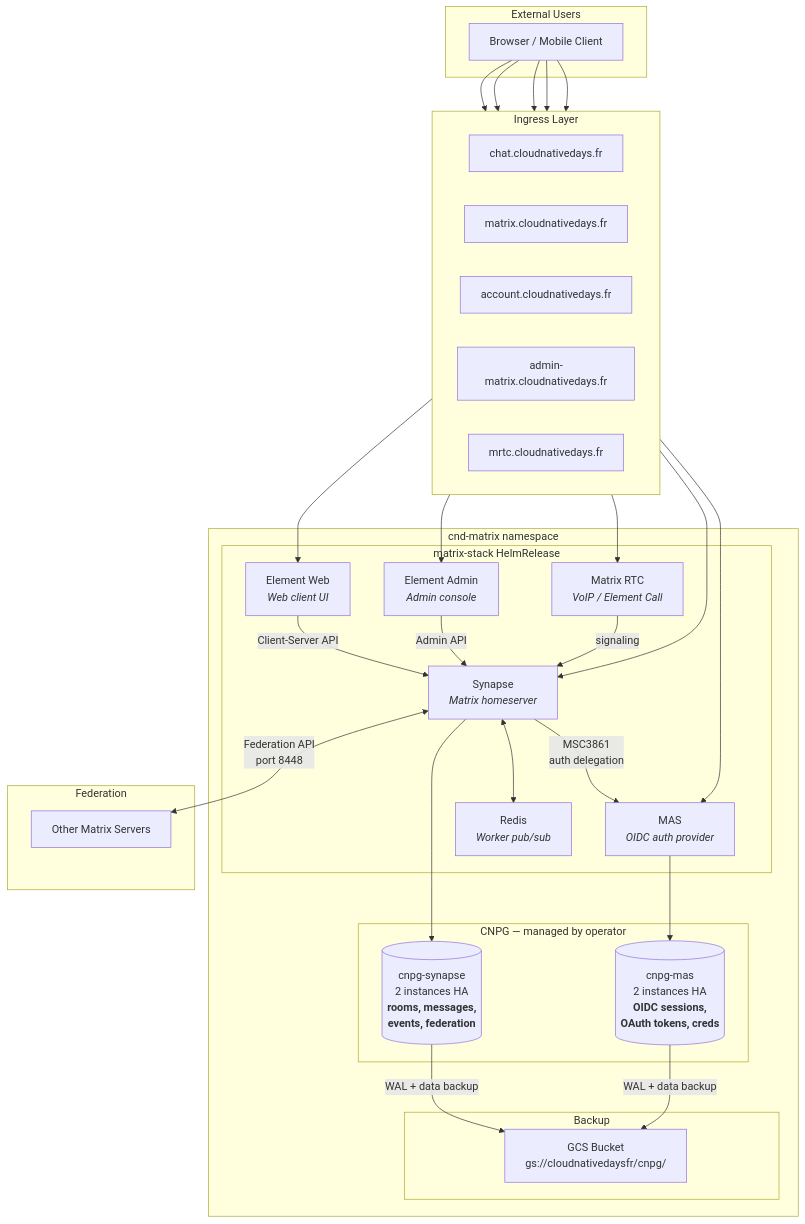
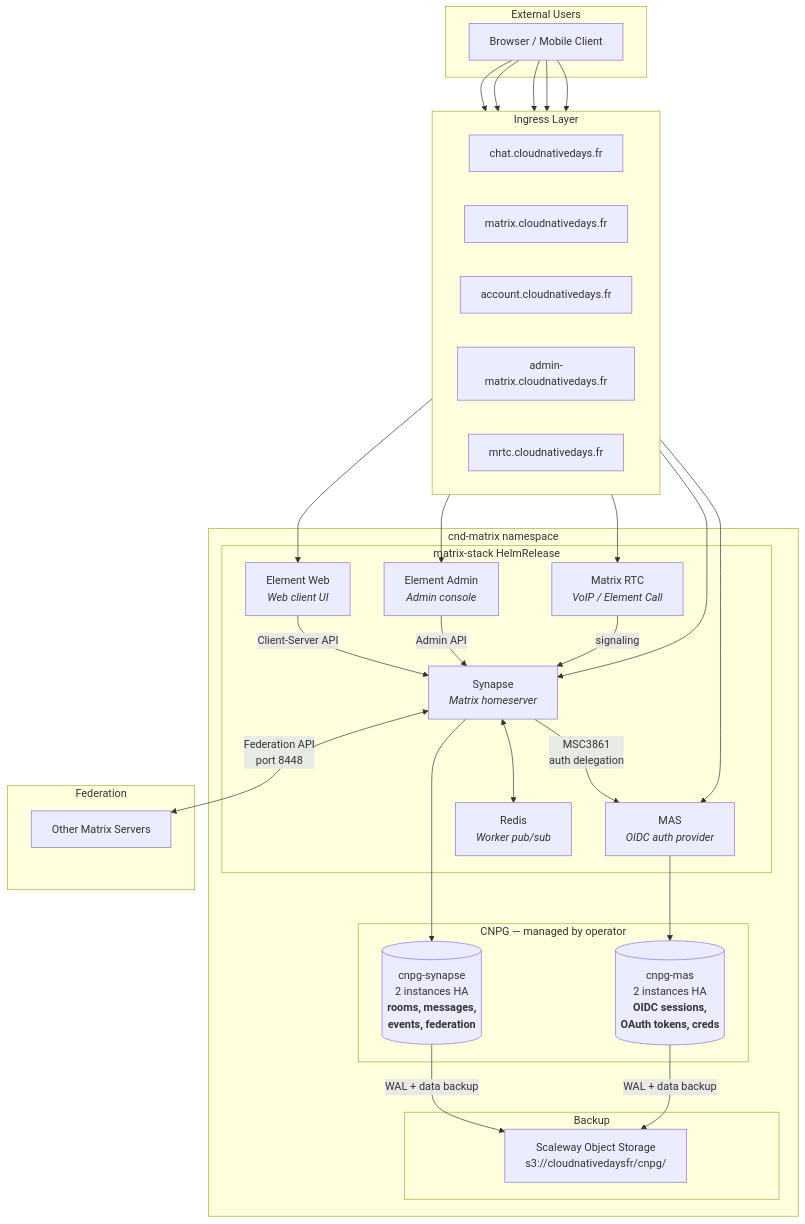
Before and after one commit to cloudnativefrance/cnd-platform: the diagram in matrix/README.md, drawn with Mermaid. The commit also changed other lines of this file and 5 other files, not shown here.

First line of the commit message:
fix(matrix): use Scaleway Object Storage for CNPG backups

````diff
--- a/matrix/README.md
+++ b/matrix/README.md
@@ -19,59 +19,59 @@
 ```mermaid
 graph TB
     subgraph "External Users"
         Browser["Browser / Mobile Client"]
     end
 
     subgraph "Ingress Layer"
         direction LR
         I1["chat.cloudnativedays.fr"]
         I2["matrix.cloudnativedays.fr"]
         I3["account.cloudnativedays.fr"]
         I4["admin-matrix.cloudnativedays.fr"]
         I5["mrtc.cloudnativedays.fr"]
     end
 
     subgraph "cnd-matrix namespace"
         subgraph "matrix-stack HelmRelease"
             EW["Element Web<br/><i>Web client UI</i>"]
             SY["Synapse<br/><i>Matrix homeserver</i>"]
             MAS["MAS<br/><i>OIDC auth provider</i>"]
             EA["Element Admin<br/><i>Admin console</i>"]
             RTC["Matrix RTC<br/><i>VoIP / Element Call</i>"]
             Redis["Redis<br/><i>Worker pub/sub</i>"]
         end
 
         subgraph "CNPG — managed by operator"
             DB_SY[("cnpg-synapse<br/>2 instances HA<br/><b>rooms, messages,<br/>events, federation</b>")]
             DB_MAS[("cnpg-mas<br/>2 instances HA<br/><b>OIDC sessions,<br/>OAuth tokens, creds</b>")]
         end
 
         subgraph "Backup"
-            GCS["GCS Bucket<br/>gs://cloudnativedaysfr/cnpg/"]
+            SCW["Scaleway Object Storage<br/>s3://cloudnativedaysfr/cnpg/"]
         end
     end
 
     subgraph "Federation"
         Other["Other Matrix Servers"]
     end
 
     Browser --> I1 --> EW
     Browser --> I2 --> SY
     Browser --> I3 --> MAS
     Browser --> I4 --> EA
     Browser --> I5 --> RTC
 
     EW -- "Client-Server API" --> SY
     SY -- "MSC3861<br/>auth delegation" --> MAS
     EA -- "Admin API" --> SY
     RTC -- "signaling" --> SY
     SY <--> Redis
 
     SY --> DB_SY
     MAS --> DB_MAS
 
-    DB_SY -- "WAL + data backup" --> GCS
-    DB_MAS -- "WAL + data backup" --> GCS
+    DB_SY -- "WAL + data backup" --> SCW
+    DB_MAS -- "WAL + data backup" --> SCW
 
     SY <-- "Federation API<br/>port 8448" --> Other
 ```
````
